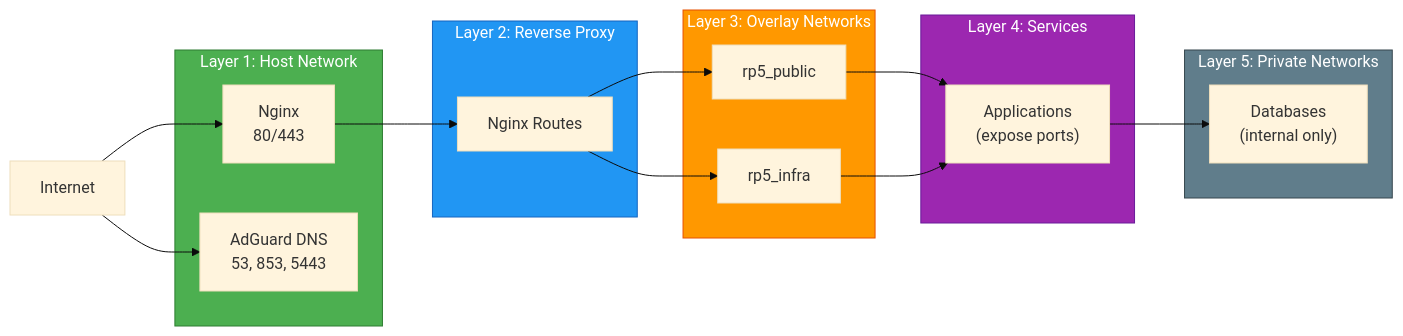
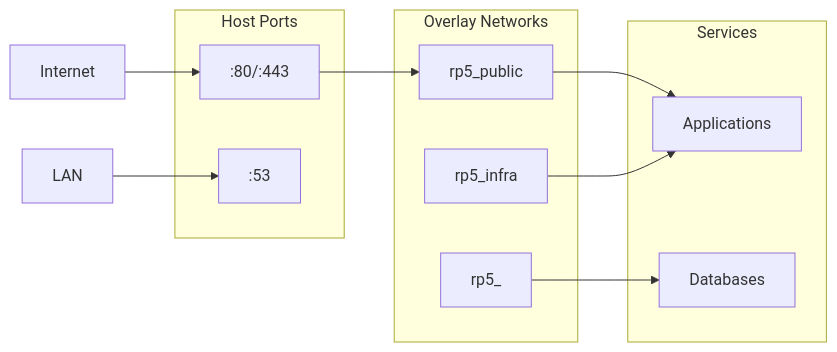
One commit to giocaizzi/rp5-homeserver changed the diagram in docs/networking.md. Above: the diagram before and after it, drawn with Mermaid. The commit also changed other lines of this file and 36 other files, not shown here.

````diff
--- a/docs/networking.md
+++ b/docs/networking.md
@@ -125,40 +7,25 @@
 ```mermaid
-%%{init: {'theme':'base'}}%%
 flowchart LR
-    subgraph Layer1["Layer 1: Host Network"]
-        HostNginx["Nginx<br/>80/443"]
-        HostDNS["AdGuard DNS<br/>53, 853, 5443"]
+    subgraph L1["Host Ports"]
+        nginx[":80/:443"]
+        dns[":53"]
     end
-    
-    subgraph Layer2["Layer 2: Reverse Proxy"]
-        Routing["Nginx Routes"]
+
+    subgraph L2["Overlay Networks"]
+        public["rp5_public"]
+        infra["rp5_infra"]
+        stacks["rp5_<stack>"]
     end
-    
-    subgraph Layer3["Layer 3: Overlay Networks"]
-        Public["rp5_public"]
-        Infra["rp5_infra"]
+
+    subgraph L3["Services"]
+        apps["Applications"]
+        dbs["Databases"]
     end
-    
-    subgraph Layer4["Layer 4: Services"]
-        Apps["Applications<br/>(expose ports)"]
-    end
-    
-    subgraph Layer5["Layer 5: Private Networks"]
-        DBs["Databases<br/>(internal only)"]
-    end
-    
-    Internet --> HostNginx
-    Internet --> HostDNS
-    HostNginx --> Routing
-    Routing --> Public
-    Routing --> Infra
-    Public --> Apps
-    Infra --> Apps
-    Apps --> DBs
-    
-    style Layer1 fill:#4CAF50,stroke:#2E7D32,color:#fff
-    style Layer2 fill:#2196F3,stroke:#1565C0,color:#fff
-    style Layer3 fill:#FF9800,stroke:#E65100,color:#fff
-    style Layer4 fill:#9C27B0,stroke:#6A1B9A,color:#fff
-    style Layer5 fill:#607D8B,stroke:#37474F,color:#fff
+
+    Internet --> nginx
+    LAN --> dns
+    nginx --> public
+    public --> apps
+    infra --> apps
+    stacks --> dbs
 ```
````
